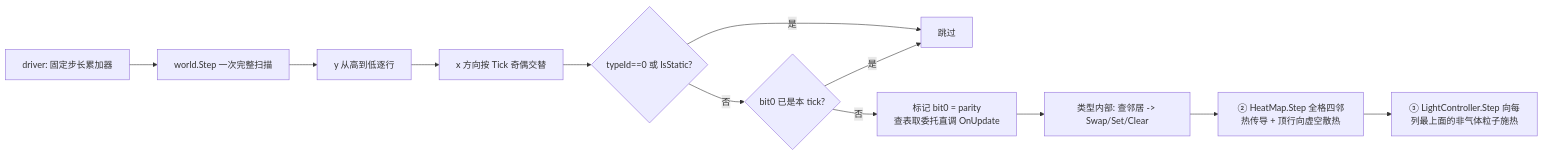
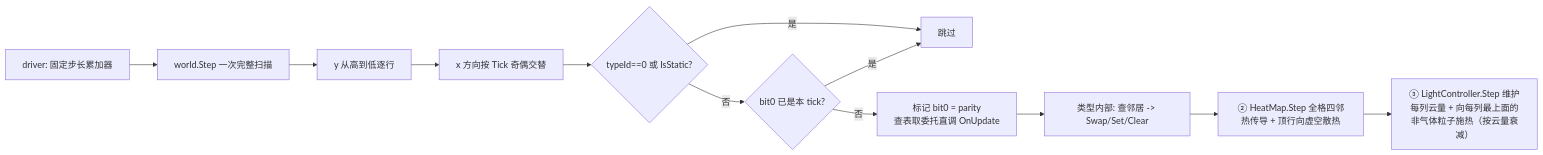
One commit to liziluyu/ThreeDaysofGenesis changed the diagram in docs/ParticleTypeInterface.md. Above: the diagram before and after it, drawn with Mermaid. The commit also changed other lines of this file and 9 other files, not shown here.

````diff
--- a/docs/ParticleTypeInterface.md
+++ b/docs/ParticleTypeInterface.md
@@ -703,14 +741,14 @@
 ```mermaid
 flowchart LR
     A[driver: 固定步长累加器] --> B[world.Step 一次完整扫描]
     B --> B1[y 从高到低逐行]
     B1 --> B2[x 方向按 Tick 奇偶交替]
     B2 --> B3{typeId==0 或 IsStatic?}
     B3 -- 是 --> B4[跳过]
     B3 -- 否 --> B5{bit0 已是本 tick?}
     B5 -- 是 --> B4
     B5 -- 否 --> B6[标记 bit0 = parity<br/>查表取委托直调 OnUpdate]
     B6 --> B7[类型内部: 查邻居 -> Swap/Set/Clear]
     B7 --> C[② HeatMap.Step 全格四邻热传导 + 顶行向虚空散热]
-    C --> D[③ LightController.Step 向每列最上面的非气体粒子施热]
+    C --> D[③ LightController.Step 维护每列云量 + 向每列最上面的非气体粒子施热（按云量衰减）]
 ```
````
